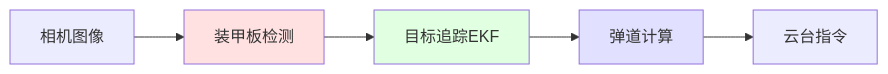
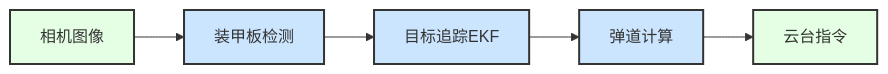
The second of 7 diagrams in docs/01_系统架构.md (happywosabi/pb2025_sentry_ws), drawn with Mermaid before and after one commit. The commit also changed other lines of this file and 9 other files, not shown here.

````diff
--- a/docs/01_系统架构.md
+++ b/docs/01_系统架构.md
@@ -111,11 +117,13 @@
 ```mermaid
 graph LR
     A[相机图像] --> B[装甲板检测]
     B --> C[目标追踪EKF]
     C --> D[弹道计算]
     D --> E[云台指令]
 
-    style B fill:#ffe1e1
-    style C fill:#e1ffe1
-    style D fill:#e1e1ff
+    classDef dataClass fill:#E5FFE5,stroke:#333,stroke-width:2px
+    classDef perceptionClass fill:#CCE5FF,stroke:#333,stroke-width:2px
+
+    class A,E dataClass
+    class B,C,D perceptionClass
 ```
````
